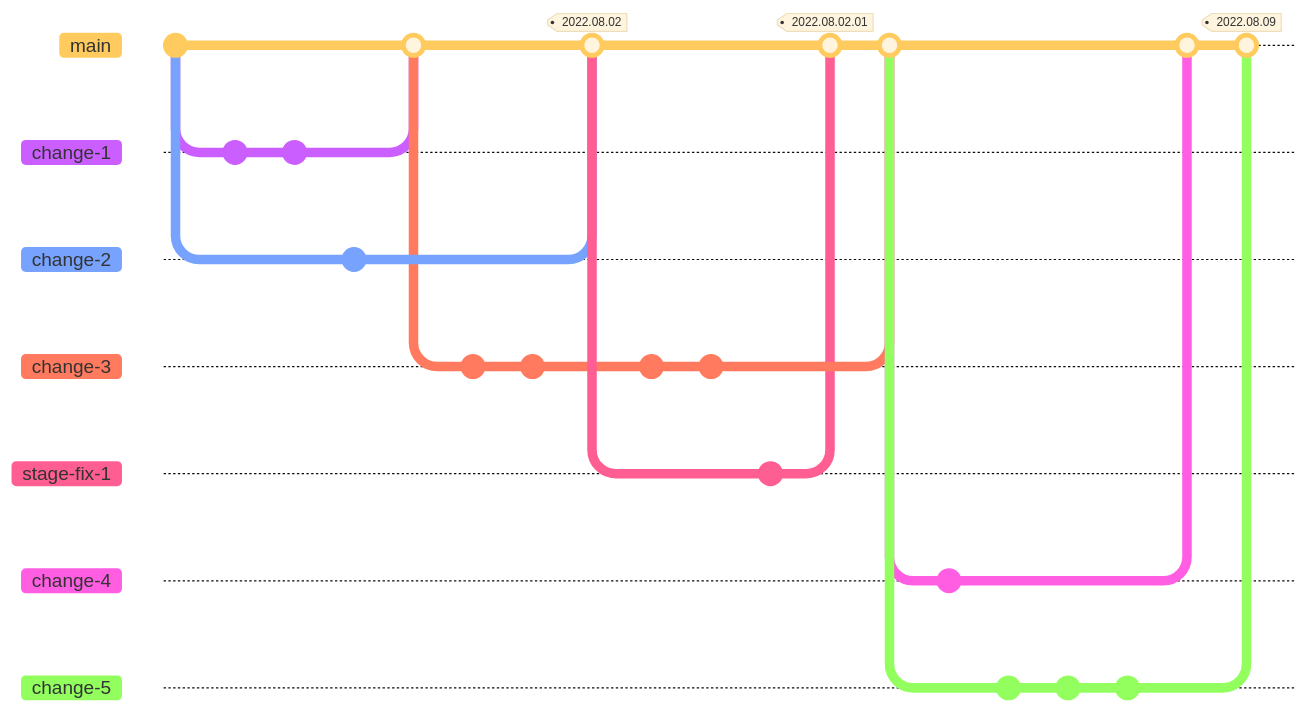
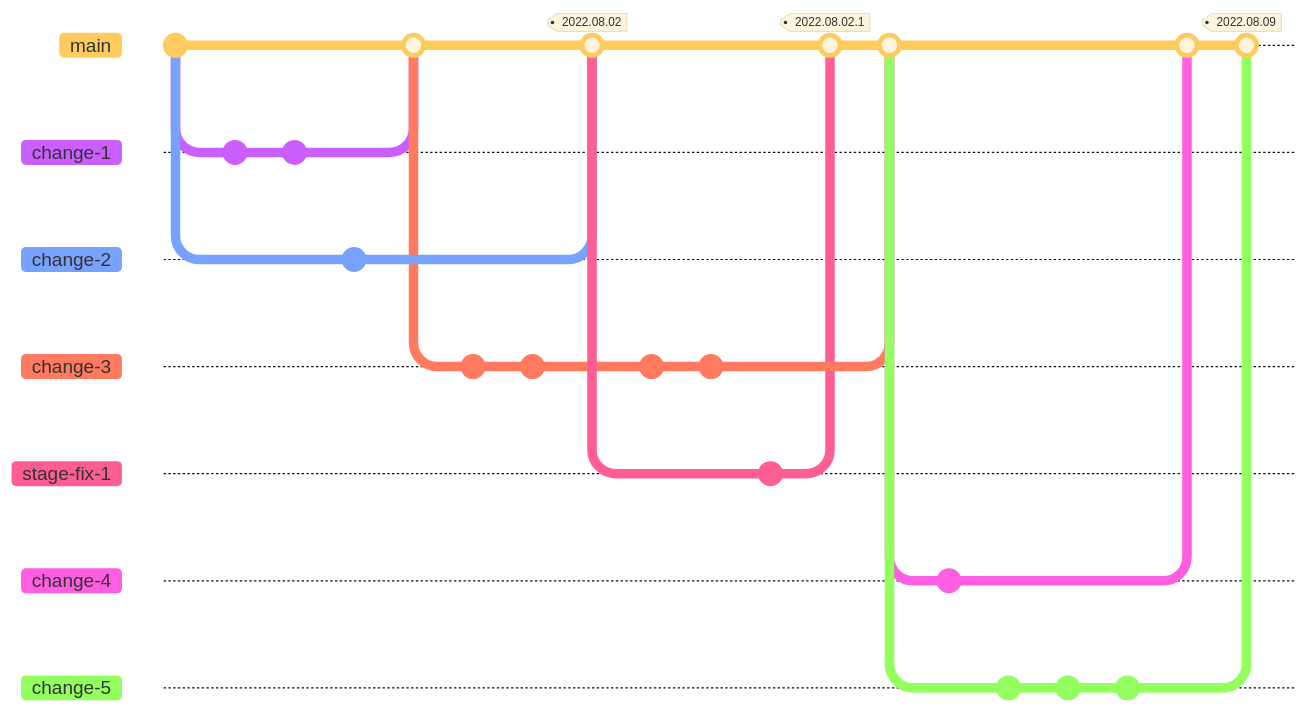
One commit to mozilla/fx-private-relay changed the sixth of 6 diagrams in docs/release_process.md. Above: the diagram before and after it, drawn with Mermaid. The commit also changed other lines of this file, not shown here. Commit ids are hidden.

````diff
--- a/docs/release_process.md
+++ b/docs/release_process.md
@@ -261,38 +261,38 @@
 ```mermaid
 %%{init: { 'theme': 'base' } }%%
     gitGraph
        commit
        branch change-1
        commit
        commit
        checkout main
        branch change-2
        commit
        checkout main
        merge change-1
        branch change-3
        commit
        commit
        checkout main
        merge change-2 tag: "2022.08.02"
        checkout change-3
        commit
        commit
        checkout main
        branch stage-fix-1
        commit
        checkout main
-       merge stage-fix-1 tag: "2022.08.02.01"
+       merge stage-fix-1 tag: "2022.08.02.1"
        checkout main
        merge change-3
        branch change-4
        commit
        checkout main
        branch change-5
        commit
        commit
        commit
        checkout main
        merge change-4
        merge change-5 tag: "2022.08.09"
 ```
````
